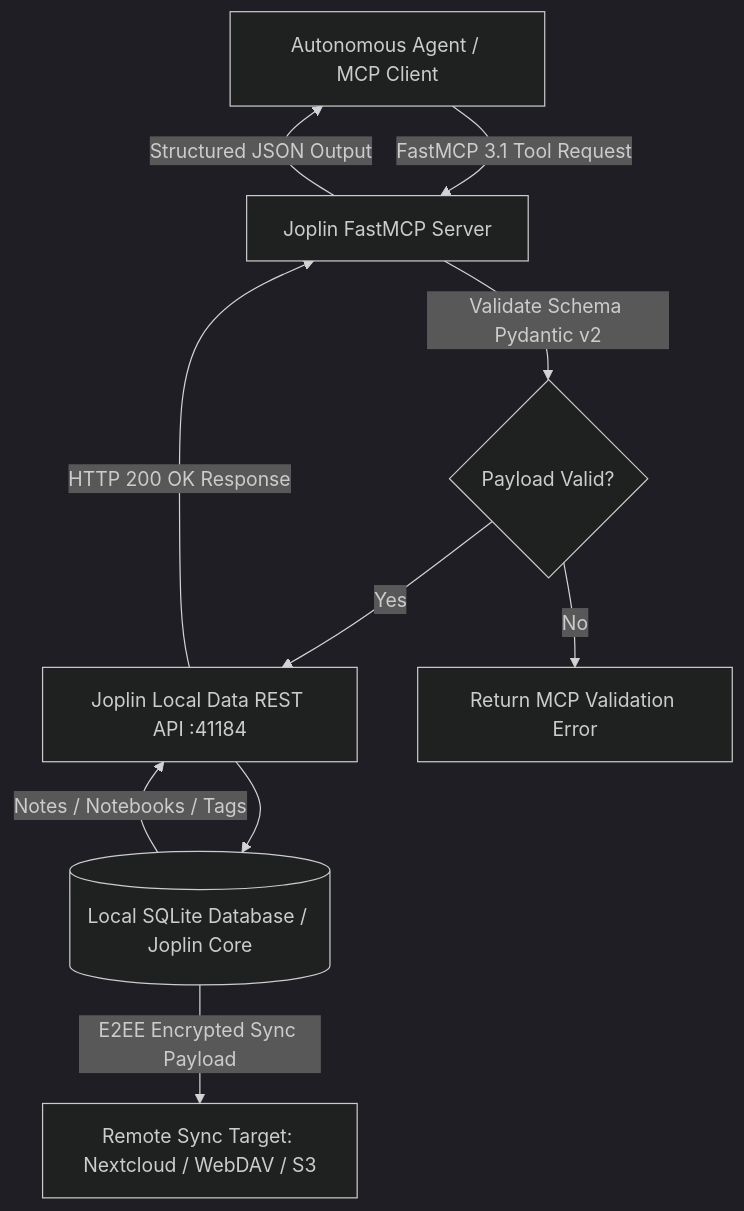
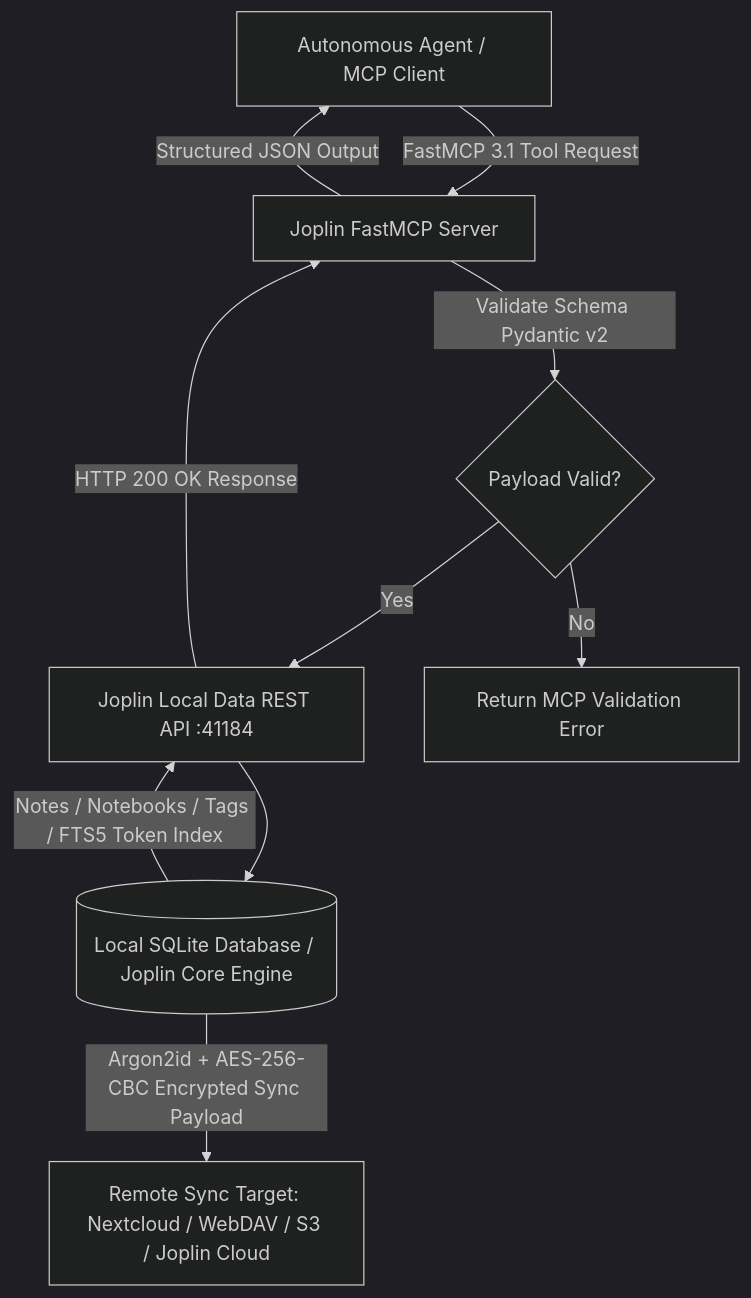
Before and after one commit to joanmarcriera/Home-office-automations: the first of 2 diagrams in docs/tools/ai_knowledge/joplin.md, drawn with Mermaid (dark theme). The commit also changed other lines of this file and 5 other files, not shown here.

````diff
--- a/docs/tools/ai_knowledge/joplin.md
+++ b/docs/tools/ai_knowledge/joplin.md
@@ -34,12 +34,12 @@
 ```mermaid
 graph TD
     A[Autonomous Agent / MCP Client] -->|FastMCP 3.1 Tool Request| B[Joplin FastMCP Server]
     B -->|Validate Schema Pydantic v2| C{Payload Valid?}
     C -->|Yes| D[Joplin Local Data REST API :41184]
     C -->|No| E[Return MCP Validation Error]
-    D --> F[(Local SQLite Database / Joplin Core)]
-    F -->|Notes / Notebooks / Tags| D
+    D --> F[(Local SQLite Database / Joplin Core Engine)]
+    F -->|Notes / Notebooks / Tags / FTS5 Token Index| D
     D -->|HTTP 200 OK Response| B
     B -->|Structured JSON Output| A
-    F -->|E2EE Encrypted Sync Payload| G[Remote Sync Target: Nextcloud / WebDAV / S3]
+    F -->|Argon2id + AES-256-CBC Encrypted Sync Payload| G[Remote Sync Target: Nextcloud / WebDAV / S3 / Joplin Cloud]
 ```
````
